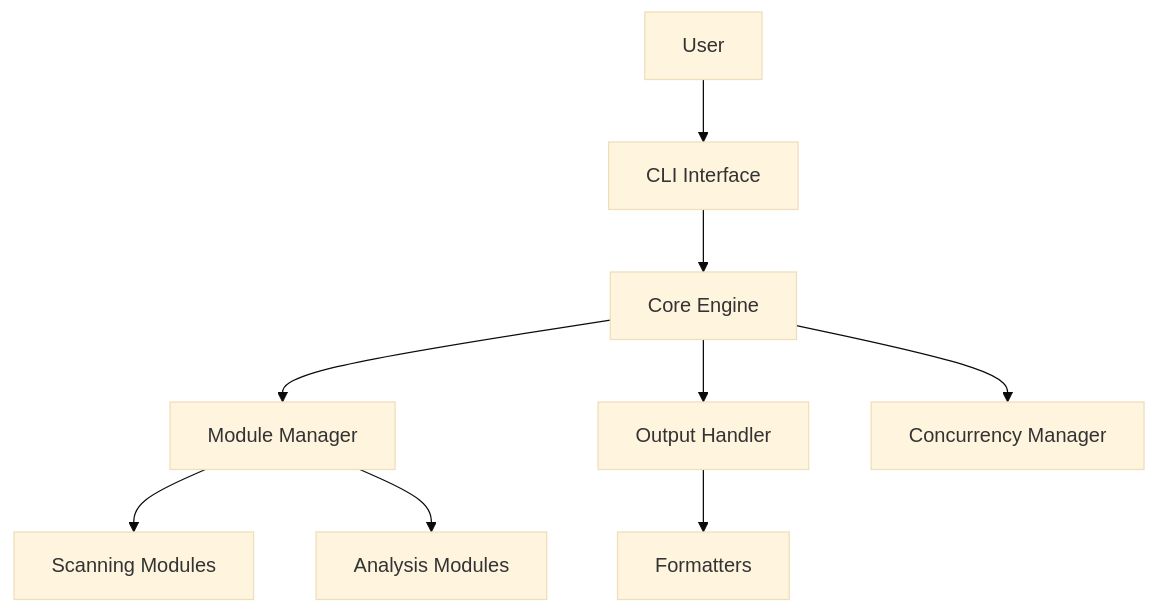
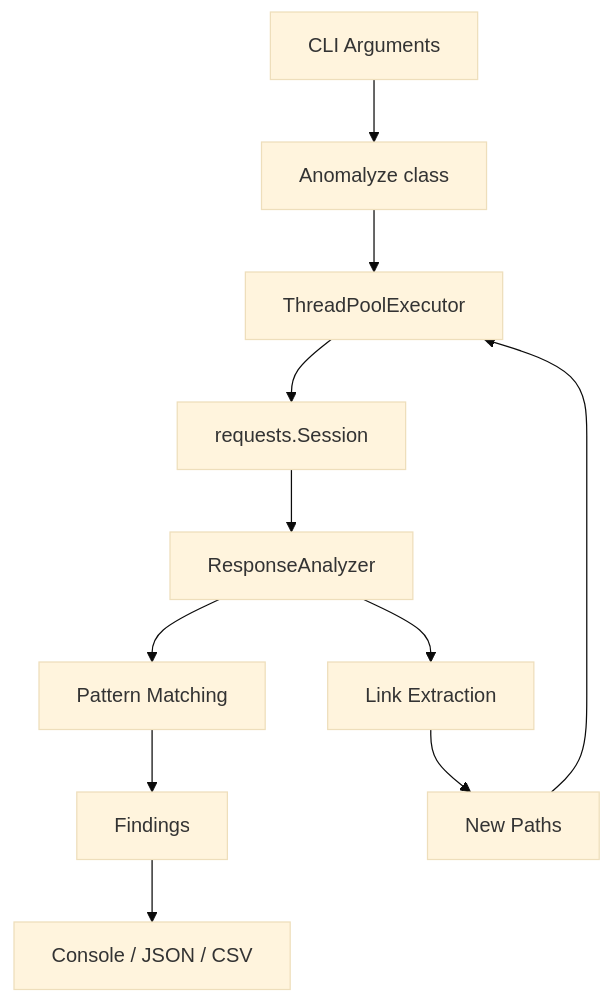
Before and after one commit to xtawb/Anomalyze: the first of 2 diagrams in docs/architecture.md, drawn with Mermaid (base theme). The commit also changed other lines of this file and 23 other files, not shown here.

````diff
--- a/docs/architecture.md
+++ b/docs/architecture.md
@@ -3,11 +7,13 @@
 ```mermaid
 graph TD
-    A[User] --> B[CLI Interface]
-    B --> C[Core Engine]
-    C --> D[Module Manager]
-    D --> E[Scanning Modules]
-    D --> F[Analysis Modules]
-    C --> G[Output Handler]
-    G --> H[Formatters]
-    C --> I[Concurrency Manager]
+    A[CLI Arguments] --> B[Anomalyze class]
+    B --> C[ThreadPoolExecutor]
+    C --> D[requests.Session]
+    D --> E[ResponseAnalyzer]
+    E --> F[Pattern Matching]
+    E --> G[Link Extraction]
+    F --> H[Findings]
+    G --> I[New Paths]
+    I --> C
+    H --> J[Console / JSON / CSV]
 ```
````
